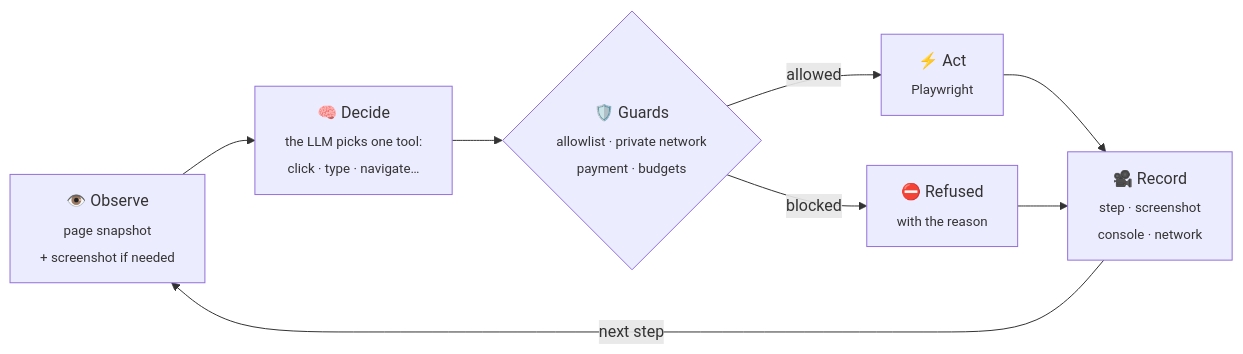
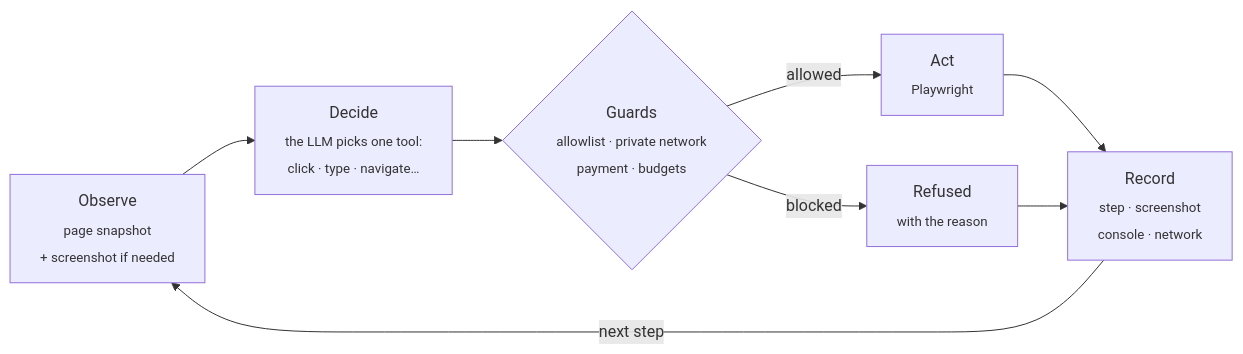
One commit to n9e6y/test-badger changed the third of 3 diagrams in README.md. Above: the diagram before and after it, drawn with Mermaid. The commit also changed other lines of this file and 1 other file, not shown here.

Commit message:
feat(infra): serve the brand page at /brand/ (D38); docs: no emojis in README

````diff
--- a/README.md
+++ b/README.md
@@ -146,10 +146,10 @@
 ```mermaid
 flowchart LR
-    O["👁️ Observe<br/><sub>page snapshot<br/>+ screenshot if needed</sub>"] --> D["🧠 Decide<br/><sub>the LLM picks one tool:<br/>click · type · navigate…</sub>"]
-    D --> G{"🛡️ Guards<br/><sub>allowlist · private network<br/>payment · budgets</sub>"}
-    G -- allowed --> X["⚡ Act<br/><sub>Playwright</sub>"]
-    G -- blocked --> B["⛔ Refused<br/><sub>with the reason</sub>"]
-    X --> Rec["🎥 Record<br/><sub>step · screenshot<br/>console · network</sub>"]
+    O["Observe<br/><sub>page snapshot<br/>+ screenshot if needed</sub>"] --> D["Decide<br/><sub>the LLM picks one tool:<br/>click · type · navigate…</sub>"]
+    D --> G{"Guards<br/><sub>allowlist · private network<br/>payment · budgets</sub>"}
+    G -- allowed --> X["Act<br/><sub>Playwright</sub>"]
+    G -- blocked --> B["Refused<br/><sub>with the reason</sub>"]
+    X --> Rec["Record<br/><sub>step · screenshot<br/>console · network</sub>"]
     B --> Rec
     Rec -- next step --> O
 ```
````
